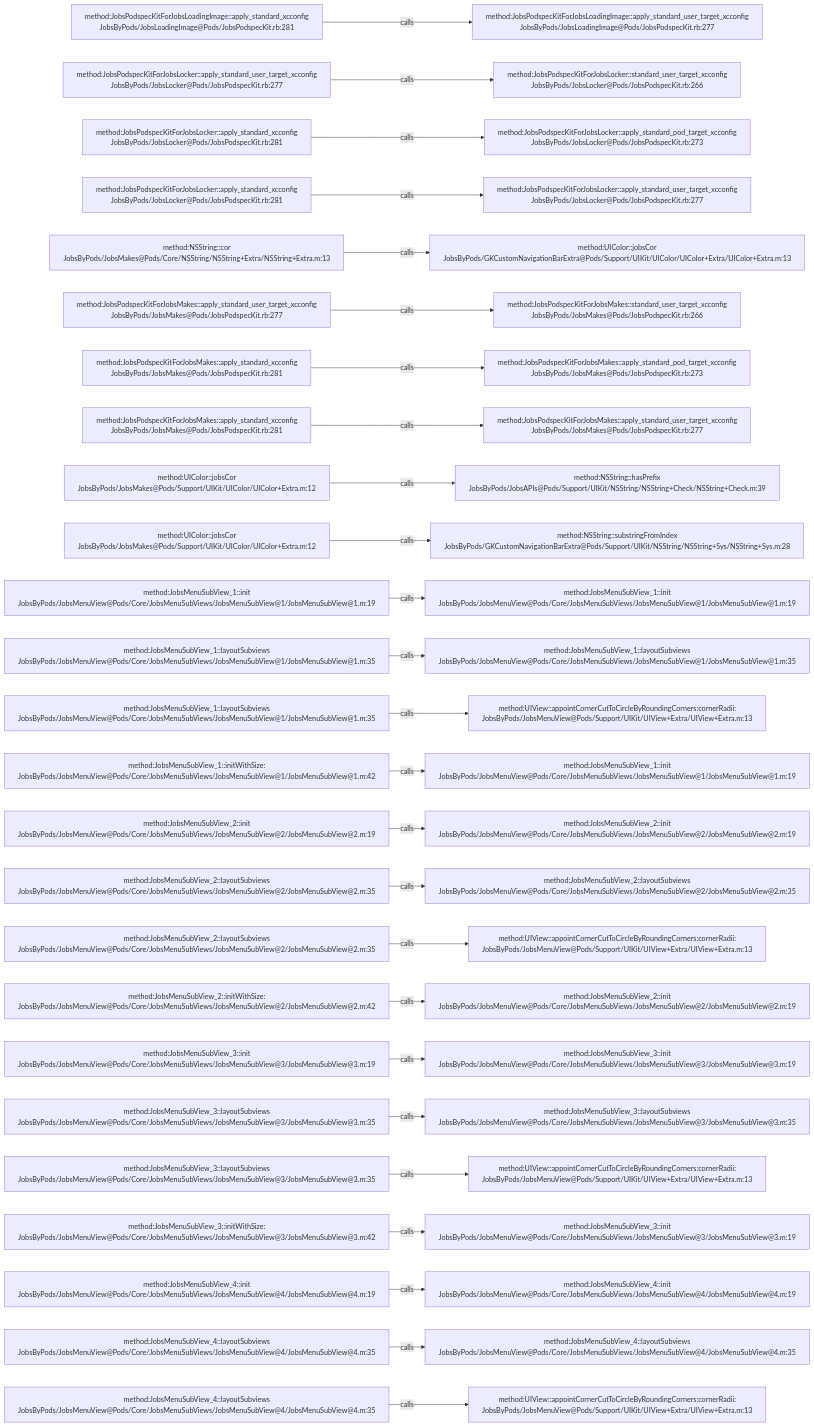
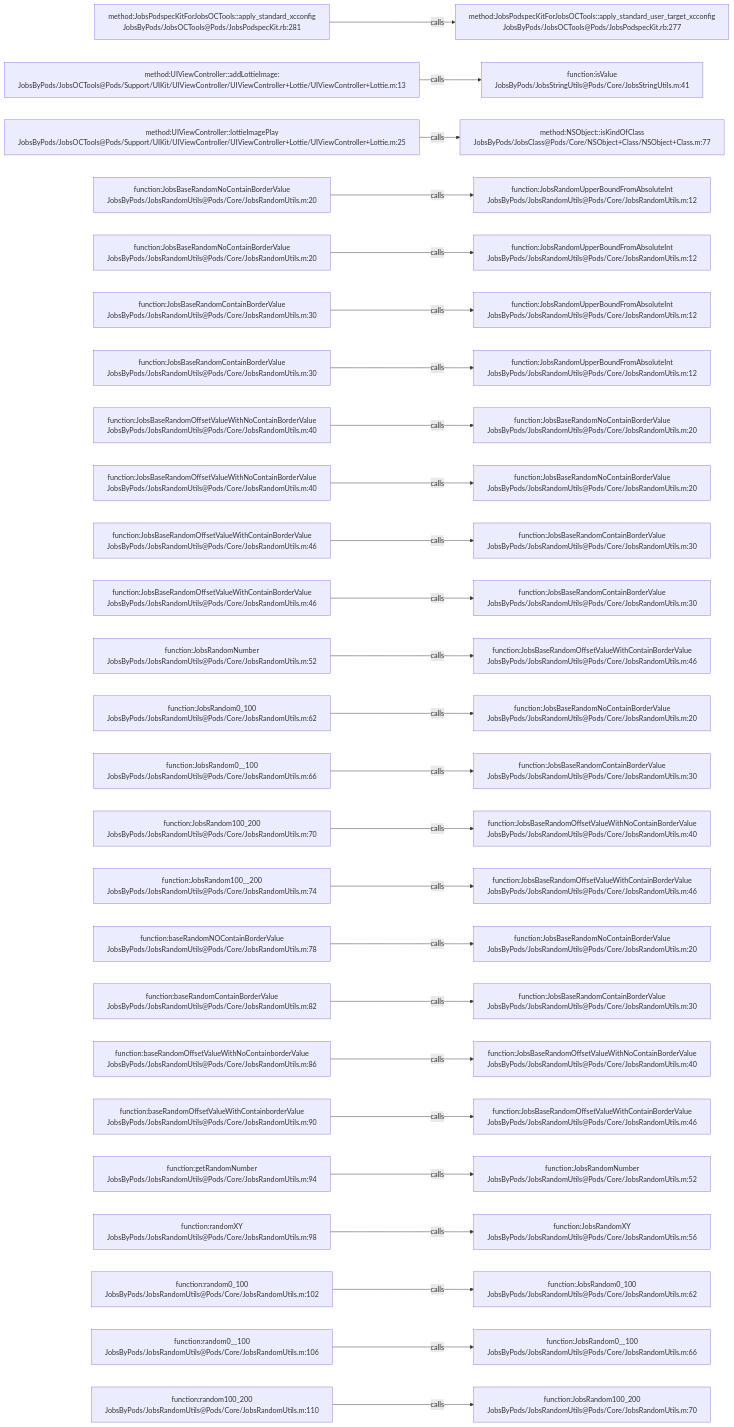
The diagram in .codegraph/codegraph.md/graphs/calls-107.md (JobsKits/JobsOCBaseConfigDemo), drawn with Mermaid before and after one commit. The commit also changed 573 other files, not shown here.

````diff
--- a/.codegraph/codegraph.md/graphs/calls-107.md
+++ b/.codegraph/codegraph.md/graphs/calls-107.md
@@ -13,78 +13,78 @@
 ```mermaid
 flowchart LR
-  S1["method:JobsPodspecKitForJobsLoadingImage::apply_standard_xcconfig<br/>JobsByPods/JobsLoadingImage@Pods/JobsPodspecKit.rb:281"]
-  T1["method:JobsPodspecKitForJobsLoadingImage::apply_standard_user_target_xcconfig<br/>JobsByPods/JobsLoadingImage@Pods/JobsPodspecKit.rb:277"]
+  S1["method:JobsPodspecKitForJobsOCTools::apply_standard_xcconfig<br/>JobsByPods/JobsOCTools@Pods/JobsPodspecKit.rb:281"]
+  T1["method:JobsPodspecKitForJobsOCTools::apply_standard_user_target_xcconfig<br/>JobsByPods/JobsOCTools@Pods/JobsPodspecKit.rb:277"]
   S1 -->|calls| T1
-  S2["method:JobsPodspecKitForJobsLocker::apply_standard_user_target_xcconfig<br/>JobsByPods/JobsLocker@Pods/JobsPodspecKit.rb:277"]
-  T2["method:JobsPodspecKitForJobsLocker::standard_user_target_xcconfig<br/>JobsByPods/JobsLocker@Pods/JobsPodspecKit.rb:266"]
+  S2["method:UIViewController::addLottieImage:<br/>JobsByPods/JobsOCTools@Pods/Support/UIKit/UIViewController/UIViewController+Lottie/UIViewController+Lottie.m:13"]
+  T2["function:isValue<br/>JobsByPods/JobsStringUtils@Pods/Core/JobsStringUtils.m:41"]
   S2 -->|calls| T2
-  S3["method:JobsPodspecKitForJobsLocker::apply_standard_xcconfig<br/>JobsByPods/JobsLocker@Pods/JobsPodspecKit.rb:281"]
-  T3["method:JobsPodspecKitForJobsLocker::apply_standard_pod_target_xcconfig<br/>JobsByPods/JobsLocker@Pods/JobsPodspecKit.rb:273"]
+  S3["method:UIViewController::lottieImagePlay<br/>JobsByPods/JobsOCTools@Pods/Support/UIKit/UIViewController/UIViewController+Lottie/UIViewController+Lottie.m:25"]
+  T3["method:NSObject::isKindOfClass<br/>JobsByPods/JobsClass@Pods/Core/NSObject+Class/NSObject+Class.m:77"]
   S3 -->|calls| T3
-  S4["method:JobsPodspecKitForJobsLocker::apply_standard_xcconfig<br/>JobsByPods/JobsLocker@Pods/JobsPodspecKit.rb:281"]
-  T4["method:JobsPodspecKitForJobsLocker::apply_standard_user_target_xcconfig<br/>JobsByPods/JobsLocker@Pods/JobsPodspecKit.rb:277"]
+  S4["function:JobsBaseRandomNoContainBorderValue<br/>JobsByPods/JobsRandomUtils@Pods/Core/JobsRandomUtils.m:20"]
+  T4["function:JobsRandomUpperBoundFromAbsoluteInt<br/>JobsByPods/JobsRandomUtils@Pods/Core/JobsRandomUtils.m:12"]
   S4 -->|calls| T4
-  S5["method:NSString::cor<br/>JobsByPods/JobsMakes@Pods/Core/NSString/NSString+Extra/NSString+Extra.m:13"]
-  T5["method:UIColor::jobsCor<br/>JobsByPods/GKCustomNavigationBarExtra@Pods/Support/UIKit/UIColor/UIColor+Extra/UIColor+Extra.m:13"]
+  S5["function:JobsBaseRandomNoContainBorderValue<br/>JobsByPods/JobsRandomUtils@Pods/Core/JobsRandomUtils.m:20"]
+  T5["function:JobsRandomUpperBoundFromAbsoluteInt<br/>JobsByPods/JobsRandomUtils@Pods/Core/JobsRandomUtils.m:12"]
   S5 -->|calls| T5
-  S6["method:JobsPodspecKitForJobsMakes::apply_standard_user_target_xcconfig<br/>JobsByPods/JobsMakes@Pods/JobsPodspecKit.rb:277"]
-  T6["method:JobsPodspecKitForJobsMakes::standard_user_target_xcconfig<br/>JobsByPods/JobsMakes@Pods/JobsPodspecKit.rb:266"]
+  S6["function:JobsBaseRandomContainBorderValue<br/>JobsByPods/JobsRandomUtils@Pods/Core/JobsRandomUtils.m:30"]
+  T6["function:JobsRandomUpperBoundFromAbsoluteInt<br/>JobsByPods/JobsRandomUtils@Pods/Core/JobsRandomUtils.m:12"]
   S6 -->|calls| T6
-  S7["method:JobsPodspecKitForJobsMakes::apply_standard_xcconfig<br/>JobsByPods/JobsMakes@Pods/JobsPodspecKit.rb:281"]
-  T7["method:JobsPodspecKitForJobsMakes::apply_standard_pod_target_xcconfig<br/>JobsByPods/JobsMakes@Pods/JobsPodspecKit.rb:273"]
+  S7["function:JobsBaseRandomContainBorderValue<br/>JobsByPods/JobsRandomUtils@Pods/Core/JobsRandomUtils.m:30"]
+  T7["function:JobsRandomUpperBoundFromAbsoluteInt<br/>JobsByPods/JobsRandomUtils@Pods/Core/JobsRandomUtils.m:12"]
   S7 -->|calls| T7
-  S8["method:JobsPodspecKitForJobsMakes::apply_standard_xcconfig<br/>JobsByPods/JobsMakes@Pods/JobsPodspecKit.rb:281"]
-  T8["method:JobsPodspecKitForJobsMakes::apply_standard_user_target_xcconfig<br/>JobsByPods/JobsMakes@Pods/JobsPodspecKit.rb:277"]
+  S8["function:JobsBaseRandomOffsetValueWithNoContainBorderValue<br/>JobsByPods/JobsRandomUtils@Pods/Core/JobsRandomUtils.m:40"]
+  T8["function:JobsBaseRandomNoContainBorderValue<br/>JobsByPods/JobsRandomUtils@Pods/Core/JobsRandomUtils.m:20"]
   S8 -->|calls| T8
-  S9["method:UIColor::jobsCor<br/>JobsByPods/JobsMakes@Pods/Support/UIKit/UIColor/UIColor+Extra.m:12"]
-  T9["method:NSString::hasPrefix<br/>JobsByPods/JobsAPIs@Pods/Support/UIKit/NSString/NSString+Check/NSString+Check.m:39"]
+  S9["function:JobsBaseRandomOffsetValueWithNoContainBorderValue<br/>JobsByPods/JobsRandomUtils@Pods/Core/JobsRandomUtils.m:40"]
+  T9["function:JobsBaseRandomNoContainBorderValue<br/>JobsByPods/JobsRandomUtils@Pods/Core/JobsRandomUtils.m:20"]
   S9 -->|calls| T9
-  S10["method:UIColor::jobsCor<br/>JobsByPods/JobsMakes@Pods/Support/UIKit/UIColor/UIColor+Extra.m:12"]
-  T10["method:NSString::substringFromIndex<br/>JobsByPods/GKCustomNavigationBarExtra@Pods/Support/UIKit/NSString/NSString+Sys/NSString+Sys.m:28"]
+  S10["function:JobsBaseRandomOffsetValueWithContainBorderValue<br/>JobsByPods/JobsRandomUtils@Pods/Core/JobsRandomUtils.m:46"]
+  T10["function:JobsBaseRandomContainBorderValue<br/>JobsByPods/JobsRandomUtils@Pods/Core/JobsRandomUtils.m:30"]
   S10 -->|calls| T10
-  S11["method:JobsMenuSubView_1::init<br/>JobsByPods/JobsMenuView@Pods/Core/JobsMenuSubViews/JobsMenuSubView@1/JobsMenuSubView@1.m:19"]
-  T11["method:JobsMenuSubView_1::init<br/>JobsByPods/JobsMenuView@Pods/Core/JobsMenuSubViews/JobsMenuSubView@1/JobsMenuSubView@1.m:19"]
+  S11["function:JobsBaseRandomOffsetValueWithContainBorderValue<br/>JobsByPods/JobsRandomUtils@Pods/Core/JobsRandomUtils.m:46"]
+  T11["function:JobsBaseRandomContainBorderValue<br/>JobsByPods/JobsRandomUtils@Pods/Core/JobsRandomUtils.m:30"]
   S11 -->|calls| T11
-  S12["method:JobsMenuSubView_1::layoutSubviews<br/>JobsByPods/JobsMenuView@Pods/Core/JobsMenuSubViews/JobsMenuSubView@1/JobsMenuSubView@1.m:35"]
-  T12["method:JobsMenuSubView_1::layoutSubviews<br/>JobsByPods/JobsMenuView@Pods/Core/JobsMenuSubViews/JobsMenuSubView@1/JobsMenuSubView@1.m:35"]
+  S12["function:JobsRandomNumber<br/>JobsByPods/JobsRandomUtils@Pods/Core/JobsRandomUtils.m:52"]
+  T12["function:JobsBaseRandomOffsetValueWithContainBorderValue<br/>JobsByPods/JobsRandomUtils@Pods/Core/JobsRandomUtils.m:46"]
   S12 -->|calls| T12
-  S13["method:JobsMenuSubView_1::layoutSubviews<br/>JobsByPods/JobsMenuView@Pods/Core/JobsMenuSubViews/JobsMenuSubView@1/JobsMenuSubView@1.m:35"]
-  T13["method:UIView::appointCornerCutToCircleByRoundingCorners:cornerRadii:<br/>JobsByPods/JobsMenuView@Pods/Support/UIKit/UIView+Extra/UIView+Extra.m:13"]
+  S13["function:JobsRandom0_100<br/>JobsByPods/JobsRandomUtils@Pods/Core/JobsRandomUtils.m:62"]
+  T13["function:JobsBaseRandomNoContainBorderValue<br/>JobsByPods/JobsRandomUtils@Pods/Core/JobsRandomUtils.m:20"]
   S13 -->|calls| T13
-  S14["method:JobsMenuSubView_1::initWithSize:<br/>JobsByPods/JobsMenuView@Pods/Core/JobsMenuSubViews/JobsMenuSubView@1/JobsMenuSubView@1.m:42"]
-  T14["method:JobsMenuSubView_1::init<br/>JobsByPods/JobsMenuView@Pods/Core/JobsMenuSubViews/JobsMenuSubView@1/JobsMenuSubView@1.m:19"]
+  S14["function:JobsRandom0__100<br/>JobsByPods/JobsRandomUtils@Pods/Core/JobsRandomUtils.m:66"]
+  T14["function:JobsBaseRandomContainBorderValue<br/>JobsByPods/JobsRandomUtils@Pods/Core/JobsRandomUtils.m:30"]
   S14 -->|calls| T14
-  S15["method:JobsMenuSubView_2::init<br/>JobsByPods/JobsMenuView@Pods/Core/JobsMenuSubViews/JobsMenuSubView@2/JobsMenuSubView@2.m:19"]
-  T15["method:JobsMenuSubView_2::init<br/>JobsByPods/JobsMenuView@Pods/Core/JobsMenuSubViews/JobsMenuSubView@2/JobsMenuSubView@2.m:19"]
+  S15["function:JobsRandom100_200<br/>JobsByPods/JobsRandomUtils@Pods/Core/JobsRandomUtils.m:70"]
+  T15["function:JobsBaseRandomOffsetValueWithNoContainBorderValue<br/>JobsByPods/JobsRandomUtils@Pods/Core/JobsRandomUtils.m:40"]
   S15 -->|calls| T15
-  S16["method:JobsMenuSubView_2::layoutSubviews<br/>JobsByPods/JobsMenuView@Pods/Core/JobsMenuSubViews/JobsMenuSubView@2/JobsMenuSubView@2.m:35"]
-  T16["method:JobsMenuSubView_2::layoutSubviews<br/>JobsByPods/JobsMenuView@Pods/Core/JobsMenuSubViews/JobsMenuSubView@2/JobsMenuSubView@2.m:35"]
+  S16["function:JobsRandom100__200<br/>JobsByPods/JobsRandomUtils@Pods/Core/JobsRandomUtils.m:74"]
+  T16["function:JobsBaseRandomOffsetValueWithContainBorderValue<br/>JobsByPods/JobsRandomUtils@Pods/Core/JobsRandomUtils.m:46"]
   S16 -->|calls| T16
-  S17["method:JobsMenuSubView_2::layoutSubviews<br/>JobsByPods/JobsMenuView@Pods/Core/JobsMenuSubViews/JobsMenuSubView@2/JobsMenuSubView@2.m:35"]
-  T17["method:UIView::appointCornerCutToCircleByRoundingCorners:cornerRadii:<br/>JobsByPods/JobsMenuView@Pods/Support/UIKit/UIView+Extra/UIView+Extra.m:13"]
+  S17["function:baseRandomNOContainBorderValue<br/>JobsByPods/JobsRandomUtils@Pods/Core/JobsRandomUtils.m:78"]
+  T17["function:JobsBaseRandomNoContainBorderValue<br/>JobsByPods/JobsRandomUtils@Pods/Core/JobsRandomUtils.m:20"]
   S17 -->|calls| T17
-  S18["method:JobsMenuSubView_2::initWithSize:<br/>JobsByPods/JobsMenuView@Pods/Core/JobsMenuSubViews/JobsMenuSubView@2/JobsMenuSubView@2.m:42"]
-  T18["method:JobsMenuSubView_2::init<br/>JobsByPods/JobsMenuView@Pods/Core/JobsMenuSubViews/JobsMenuSubView@2/JobsMenuSubView@2.m:19"]
+  S18["function:baseRandomContainBorderValue<br/>JobsByPods/JobsRandomUtils@Pods/Core/JobsRandomUtils.m:82"]
+  T18["function:JobsBaseRandomContainBorderValue<br/>JobsByPods/JobsRandomUtils@Pods/Core/JobsRandomUtils.m:30"]
   S18 -->|calls| T18
-  S19["method:JobsMenuSubView_3::init<br/>JobsByPods/JobsMenuView@Pods/Core/JobsMenuSubViews/JobsMenuSubView@3/JobsMenuSubView@3.m:19"]
-  T19["method:JobsMenuSubView_3::init<br/>JobsByPods/JobsMenuView@Pods/Core/JobsMenuSubViews/JobsMenuSubView@3/JobsMenuSubView@3.m:19"]
+  S19["function:baseRandomOffsetValueWithNoContainborderValue<br/>JobsByPods/JobsRandomUtils@Pods/Core/JobsRandomUtils.m:86"]
+  T19["function:JobsBaseRandomOffsetValueWithNoContainBorderValue<br/>JobsByPods/JobsRandomUtils@Pods/Core/JobsRandomUtils.m:40"]
   S19 -->|calls| T19
-  S20["method:JobsMenuSubView_3::layoutSubviews<br/>JobsByPods/JobsMenuView@Pods/Core/JobsMenuSubViews/JobsMenuSubView@3/JobsMenuSubView@3.m:35"]
-  T20["method:JobsMenuSubView_3::layoutSubviews<br/>JobsByPods/JobsMenuView@Pods/Core/JobsMenuSubViews/JobsMenuSubView@3/JobsMenuSubView@3.m:35"]
+  S20["function:baseRandomOffsetValueWithContainborderValue<br/>JobsByPods/JobsRandomUtils@Pods/Core/JobsRandomUtils.m:90"]
+  T20["function:JobsBaseRandomOffsetValueWithContainBorderValue<br/>JobsByPods/JobsRandomUtils@Pods/Core/JobsRandomUtils.m:46"]
   S20 -->|calls| T20
-  S21["method:JobsMenuSubView_3::layoutSubviews<br/>JobsByPods/JobsMenuView@Pods/Core/JobsMenuSubViews/JobsMenuSubView@3/JobsMenuSubView@3.m:35"]
-  T21["method:UIView::appointCornerCutToCircleByRoundingCorners:cornerRadii:<br/>JobsByPods/JobsMenuView@Pods/Support/UIKit/UIView+Extra/UIView+Extra.m:13"]
+  S21["function:getRandomNumber<br/>JobsByPods/JobsRandomUtils@Pods/Core/JobsRandomUtils.m:94"]
+  T21["function:JobsRandomNumber<br/>JobsByPods/JobsRandomUtils@Pods/Core/JobsRandomUtils.m:52"]
   S21 -->|calls| T21
-  S22["method:JobsMenuSubView_3::initWithSize:<br/>JobsByPods/JobsMenuView@Pods/Core/JobsMenuSubViews/JobsMenuSubView@3/JobsMenuSubView@3.m:42"]
-  T22["method:JobsMenuSubView_3::init<br/>JobsByPods/JobsMenuView@Pods/Core/JobsMenuSubViews/JobsMenuSubView@3/JobsMenuSubView@3.m:19"]
+  S22["function:randomXY<br/>JobsByPods/JobsRandomUtils@Pods/Core/JobsRandomUtils.m:98"]
+  T22["function:JobsRandomXY<br/>JobsByPods/JobsRandomUtils@Pods/Core/JobsRandomUtils.m:56"]
   S22 -->|calls| T22
-  S23["method:JobsMenuSubView_4::init<br/>JobsByPods/JobsMenuView@Pods/Core/JobsMenuSubViews/JobsMenuSubView@4/JobsMenuSubView@4.m:19"]
-  T23["method:JobsMenuSubView_4::init<br/>JobsByPods/JobsMenuView@Pods/Core/JobsMenuSubViews/JobsMenuSubView@4/JobsMenuSubView@4.m:19"]
+  S23["function:random0_100<br/>JobsByPods/JobsRandomUtils@Pods/Core/JobsRandomUtils.m:102"]
+  T23["function:JobsRandom0_100<br/>JobsByPods/JobsRandomUtils@Pods/Core/JobsRandomUtils.m:62"]
   S23 -->|calls| T23
-  S24["method:JobsMenuSubView_4::layoutSubviews<br/>JobsByPods/JobsMenuView@Pods/Core/JobsMenuSubViews/JobsMenuSubView@4/JobsMenuSubView@4.m:35"]
-  T24["method:JobsMenuSubView_4::layoutSubviews<br/>JobsByPods/JobsMenuView@Pods/Core/JobsMenuSubViews/JobsMenuSubView@4/JobsMenuSubView@4.m:35"]
+  S24["function:random0__100<br/>JobsByPods/JobsRandomUtils@Pods/Core/JobsRandomUtils.m:106"]
+  T24["function:JobsRandom0__100<br/>JobsByPods/JobsRandomUtils@Pods/Core/JobsRandomUtils.m:66"]
   S24 -->|calls| T24
-  S25["method:JobsMenuSubView_4::layoutSubviews<br/>JobsByPods/JobsMenuView@Pods/Core/JobsMenuSubViews/JobsMenuSubView@4/JobsMenuSubView@4.m:35"]
-  T25["method:UIView::appointCornerCutToCircleByRoundingCorners:cornerRadii:<br/>JobsByPods/JobsMenuView@Pods/Support/UIKit/UIView+Extra/UIView+Extra.m:13"]
+  S25["function:random100_200<br/>JobsByPods/JobsRandomUtils@Pods/Core/JobsRandomUtils.m:110"]
+  T25["function:JobsRandom100_200<br/>JobsByPods/JobsRandomUtils@Pods/Core/JobsRandomUtils.m:70"]
   S25 -->|calls| T25
 ```
````
